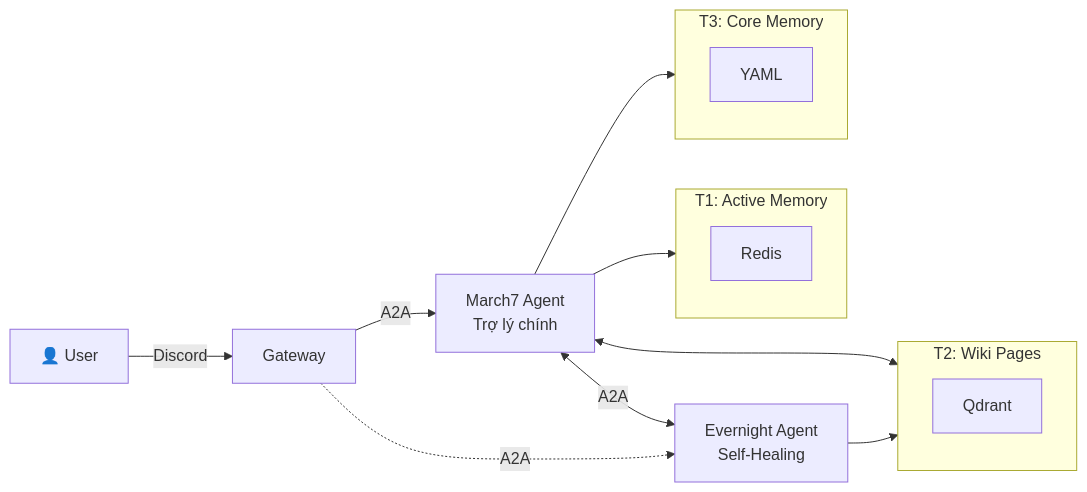
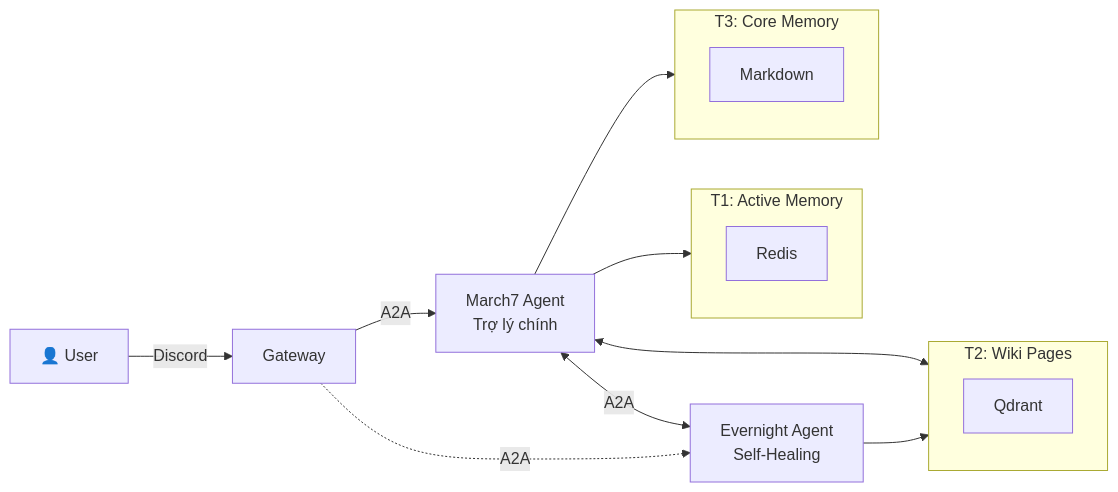
Before and after one commit to Flowerf19/Harness_agent: the diagram in README.MD, drawn with Mermaid. The commit also changed other lines of this file and 12 other files, not shown here.

Commit message:
feat: Add comprehensive documentation for agent architecture, workflow, and coding standards

````diff
--- a/README.MD
+++ b/README.MD
@@ -28,24 +36,24 @@
 ```mermaid
 flowchart LR
     User["👤 User"] -->|"Discord"| GW["Gateway"]
     GW -->|"A2A"| M7["March7 Agent<br/>Trợ lý chính"]
     GW -.->|"A2A"| EV["Evernight Agent<br/>Self-Healing"]
     M7 <-->|"A2A"| EV
 
     subgraph T1["T1: Active Memory"]
         R["Redis"]
     end
 
     subgraph T2["T2: Wiki Pages"]
         Q["Qdrant"]
     end
 
     subgraph T3["T3: Core Memory"]
-        Y["YAML"]
+        Y["Markdown"]
     end
 
     M7 --> T1
     M7 --> T3
     EV --> T2
     M7 <--> T2
 ```
````
